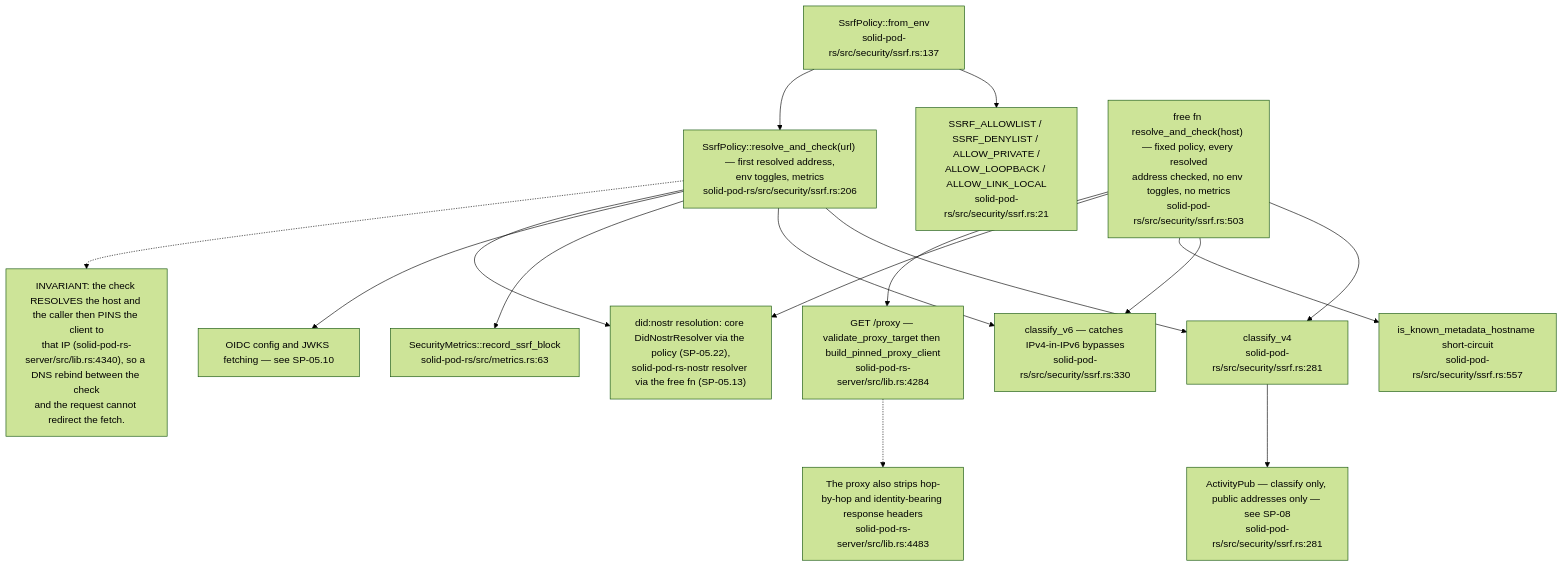
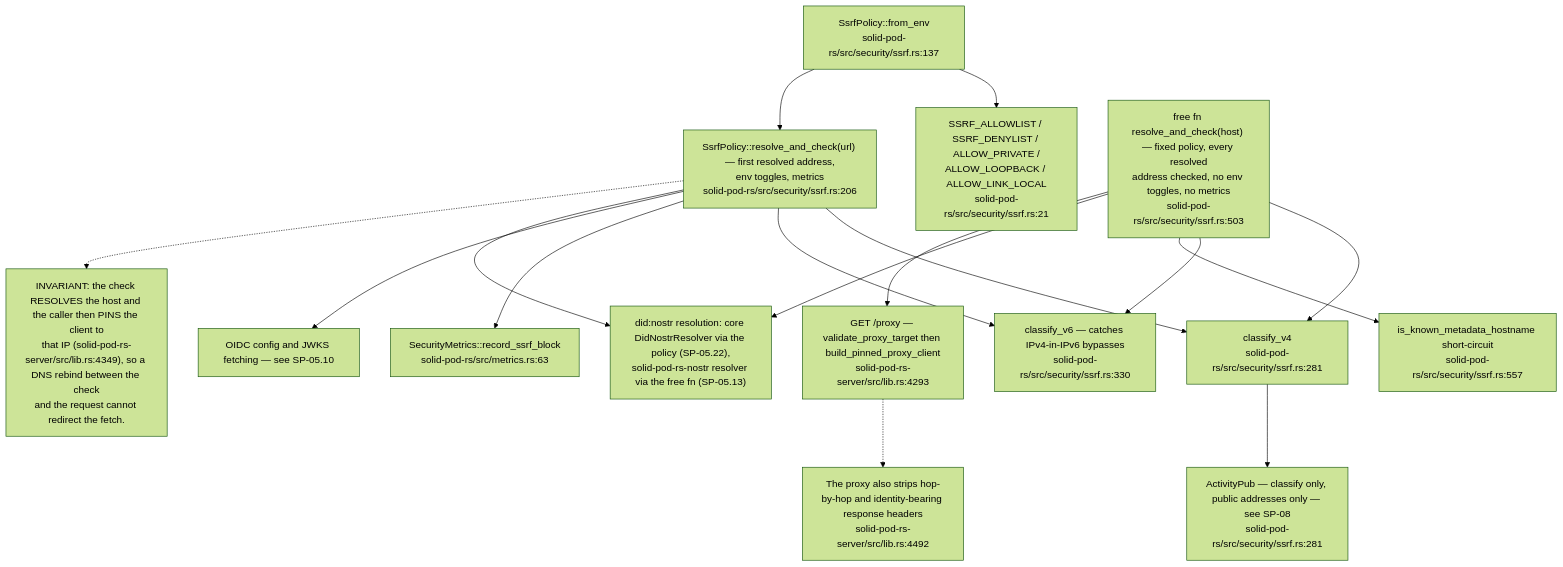
The ninth of 13 diagrams in docs/diagrams/solid-pod-rs/06-storage-quota-and-git-pods.md (DreamLab-AI/VisionFlow), drawn with Mermaid (forest theme) before and after one commit. The commit also changed other lines of this file and 3 other files, not shown here.

First line of the commit message:
docs(diagrams): solid-pod-rs pass B at solid-pod-rs b91de60 (#19, #20, #21)

````diff
--- a/docs/diagrams/solid-pod-rs/06-storage-quota-and-git-pods.md
+++ b/docs/diagrams/solid-pod-rs/06-storage-quota-and-git-pods.md
@@ -280,33 +282,33 @@
 ```mermaid
 flowchart TD
     P["SsrfPolicy::from_env<br/>solid-pod-rs/src/security/ssrf.rs:137"]
     ENV["SSRF_ALLOWLIST / SSRF_DENYLIST / ALLOW_PRIVATE /<br/>ALLOW_LOOPBACK / ALLOW_LINK_LOCAL<br/>solid-pod-rs/src/security/ssrf.rs:21"]
     RC["SsrfPolicy::resolve_and_check(url) — first resolved address,<br/>env toggles, metrics<br/>solid-pod-rs/src/security/ssrf.rs:206"]
     C4["classify_v4<br/>solid-pod-rs/src/security/ssrf.rs:281"]
     C6["classify_v6 — catches IPv4-in-IPv6 bypasses<br/>solid-pod-rs/src/security/ssrf.rs:330"]
     FREE["free fn resolve_and_check(host) — fixed policy, every resolved<br/>address checked, no env toggles, no metrics<br/>solid-pod-rs/src/security/ssrf.rs:503"]
     META["is_known_metadata_hostname short-circuit<br/>solid-pod-rs/src/security/ssrf.rs:557"]
     M["SecurityMetrics::record_ssrf_block<br/>solid-pod-rs/src/metrics.rs:63"]
     USE1["OIDC config and JWKS fetching — see SP-05.10"]
     USE2["did:nostr resolution: core DidNostrResolver via the policy (SP-05.22),<br/>solid-pod-rs-nostr resolver via the free fn (SP-05.13)"]
-    USE3["GET /proxy — validate_proxy_target then build_pinned_proxy_client<br/>solid-pod-rs-server/src/lib.rs:4284"]
+    USE3["GET /proxy — validate_proxy_target then build_pinned_proxy_client<br/>solid-pod-rs-server/src/lib.rs:4293"]
     USE4["ActivityPub — classify only, public addresses only — see SP-08<br/>solid-pod-rs/src/security/ssrf.rs:281"]
 
     P --> ENV
     P --> RC --> C4
     RC --> C6
     RC --> M
     FREE --> C4
     FREE --> C6
     FREE --> META
     RC --> USE1
     RC --> USE2
     FREE --> USE2
     FREE --> USE3
     C4 --> USE4
 
-    N["INVARIANT: the check RESOLVES the host and the caller then PINS the client to<br/>that IP (solid-pod-rs-server/src/lib.rs:4340), so a DNS rebind between the check<br/>and the request cannot redirect the fetch."]
+    N["INVARIANT: the check RESOLVES the host and the caller then PINS the client to<br/>that IP (solid-pod-rs-server/src/lib.rs:4349), so a DNS rebind between the check<br/>and the request cannot redirect the fetch."]
     RC -.-> N
-    N2["The proxy also strips hop-by-hop and identity-bearing response headers<br/>solid-pod-rs-server/src/lib.rs:4483"]
+    N2["The proxy also strips hop-by-hop and identity-bearing response headers<br/>solid-pod-rs-server/src/lib.rs:4492"]
     USE3 -.-> N2
 ```
````
